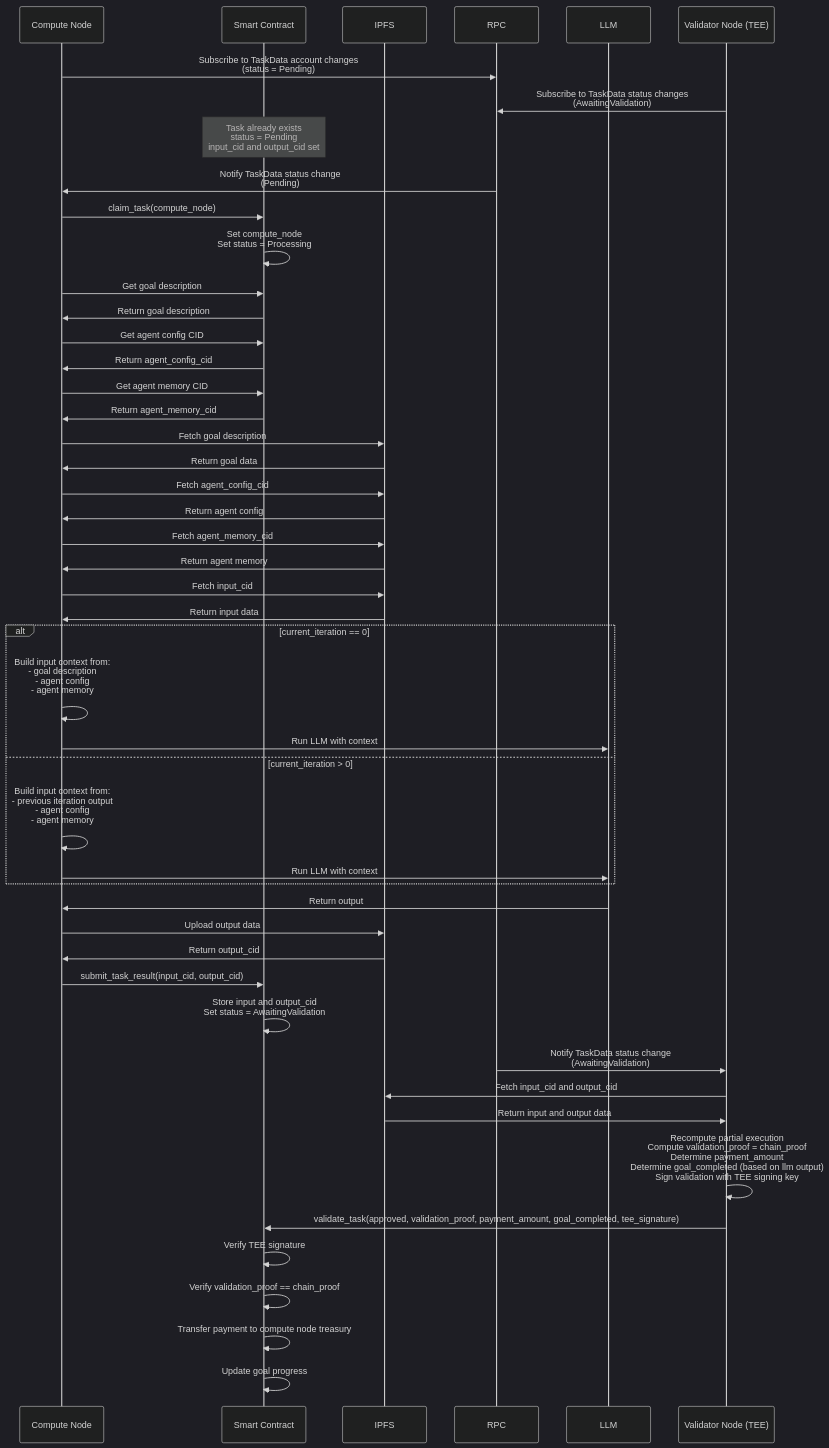
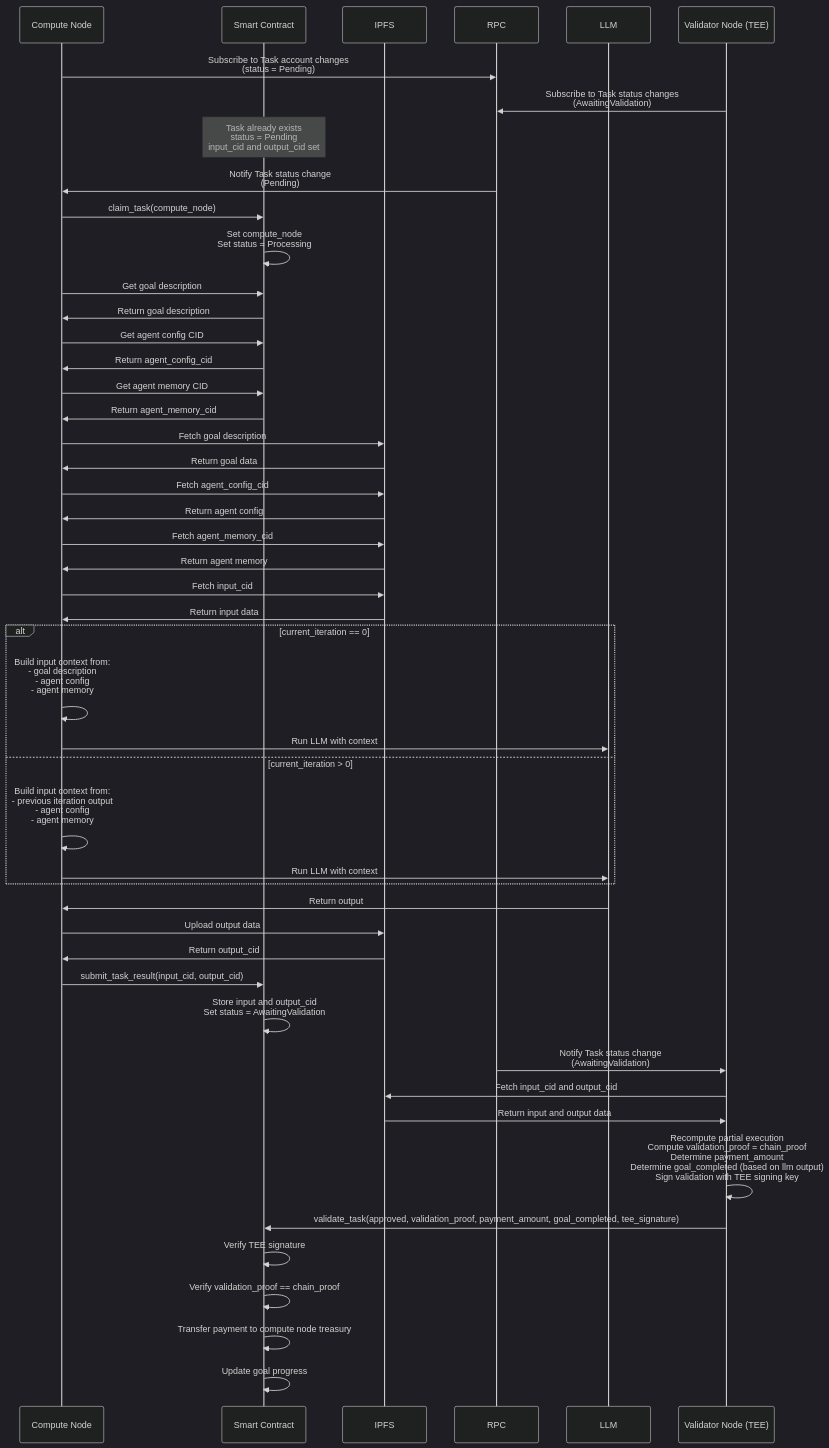
One commit to JorgeCosta87/decentralized-autonomous-computing changed the tenth of 12 diagrams in docs/design.md. Above: the diagram before and after it, drawn with Mermaid (dark theme). The commit also changed other lines of this file and 3 other files, not shown here.

````diff
--- a/docs/design.md
+++ b/docs/design.md
@@ -398,60 +398,60 @@
 ```mermaid
 sequenceDiagram
     participant CN as Compute Node
     participant DAC as Smart Contract
     participant IPFS as IPFS
     participant RPC as RPC
     participant LLM as LLM
     participant VN as Validator Node (TEE)
     
-    CN->>RPC: Subscribe to TaskData account changes<br/>(status = Pending)
-    VN->>RPC: Subscribe to TaskData status changes<br/>(AwaitingValidation)
+    CN->>RPC: Subscribe to Task account changes<br/>(status = Pending)
+    VN->>RPC: Subscribe to Task status changes<br/>(AwaitingValidation)
     
     Note over DAC: Task already exists<br/>status = Pending<br/>input_cid and output_cid set
     
-    RPC->>CN: Notify TaskData status change<br/>(Pending)
+    RPC->>CN: Notify Task status change<br/>(Pending)
     
     CN->>DAC: claim_task(compute_node)
     DAC->>DAC: Set compute_node<br/>Set status = Processing
     
     CN->>DAC: Get goal description
     DAC->>CN: Return goal description
     CN->>DAC: Get agent config CID
     DAC->>CN: Return agent_config_cid
     CN->>DAC: Get agent memory CID
     DAC->>CN: Return agent_memory_cid
     
     CN->>IPFS: Fetch goal description
     IPFS->>CN: Return goal data
     CN->>IPFS: Fetch agent_config_cid
     IPFS->>CN: Return agent config
     CN->>IPFS: Fetch agent_memory_cid
     IPFS->>CN: Return agent memory
     CN->>IPFS: Fetch input_cid
     IPFS->>CN: Return input data
     
     alt current_iteration == 0
         CN->>CN: Build input context from:<br/>- goal description<br/>- agent config<br/>- agent memory<br/>
         CN->>LLM: Run LLM with context
     else current_iteration > 0
         CN->>CN: Build input context from:<br/>- previous iteration output<br/>- agent config<br/>- agent memory<br/>
         CN->>LLM: Run LLM with context
     end
     
     LLM->>CN: Return output
     CN->>IPFS: Upload output data
     IPFS->>CN: Return output_cid
     CN->>DAC: submit_task_result(input_cid, output_cid)
     DAC->>DAC: Store input and output_cid<br/>Set status = AwaitingValidation
     
-    RPC->>VN: Notify TaskData status change<br/>(AwaitingValidation)
+    RPC->>VN: Notify Task status change<br/>(AwaitingValidation)
     
     VN->>IPFS: Fetch input_cid and output_cid
     IPFS->>VN: Return input and output data
     VN->>VN: Recompute partial execution<br/>Compute validation_proof = chain_proof<br/>Determine payment_amount<br/>Determine goal_completed (based on llm output)<br/>Sign validation with TEE signing key
     VN->>DAC: validate_task(approved, validation_proof, payment_amount, goal_completed, tee_signature)
     DAC->>DAC: Verify TEE signature
     DAC->>DAC: Verify validation_proof == chain_proof
     DAC->>DAC: Transfer payment to compute node treasury
     DAC->>DAC: Update goal progress
 ```
````
